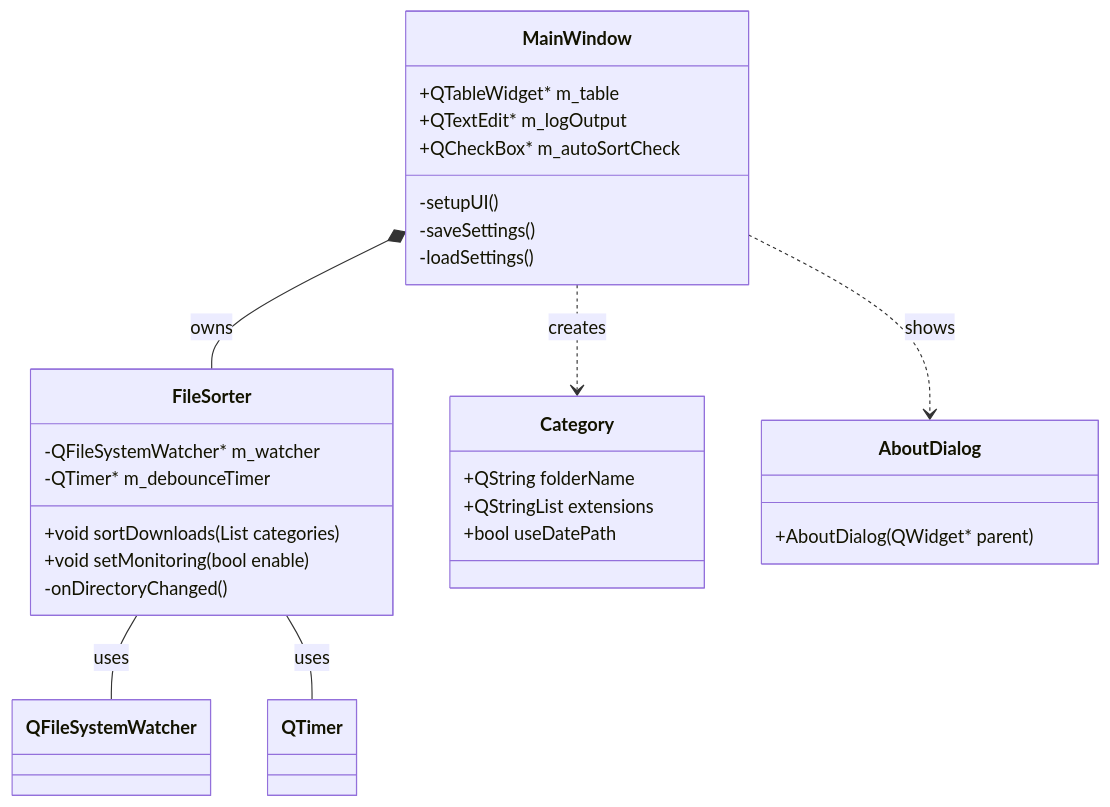
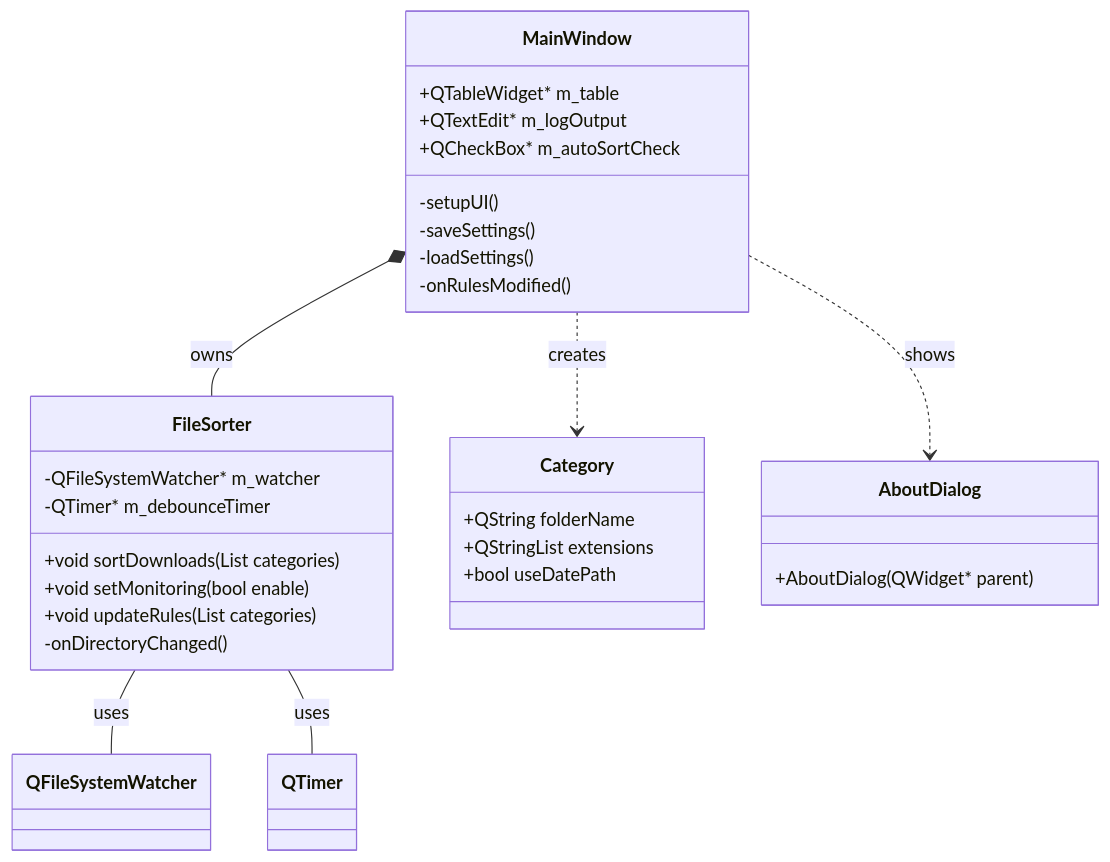
The first of 2 diagrams in README.md (Zheng-Bote/file-sorter), drawn with Mermaid before and after one commit. The commit also changed other lines of this file and 7 other files, not shown here.

````diff
--- a/README.md
+++ b/README.md
@@ -158,35 +197,37 @@
 ```mermaid
 classDiagram
     class MainWindow {
         +QTableWidget* m_table
         +QTextEdit* m_logOutput
         +QCheckBox* m_autoSortCheck
         -setupUI()
         -saveSettings()
         -loadSettings()
+        -onRulesModified()
     }
 
     class FileSorter {
         +void sortDownloads(List categories)
         +void setMonitoring(bool enable)
+        +void updateRules(List categories)
         -QFileSystemWatcher* m_watcher
         -QTimer* m_debounceTimer
         -onDirectoryChanged()
     }
 
     class Category {
         +QString folderName
         +QStringList extensions
         +bool useDatePath
     }
 
     class AboutDialog {
         +AboutDialog(QWidget* parent)
     }
 
     MainWindow *-- FileSorter : owns
     MainWindow ..> Category : creates
     MainWindow ..> AboutDialog : shows
     FileSorter -- QFileSystemWatcher : uses
     FileSorter -- QTimer : uses
 ```
````
